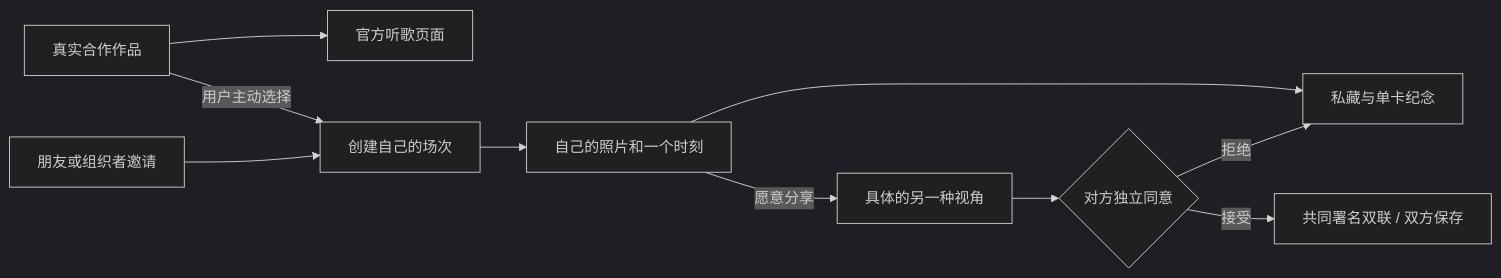
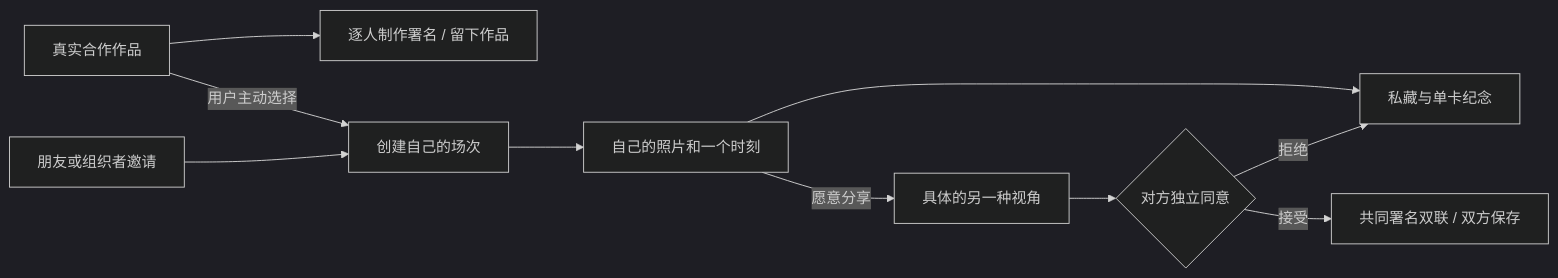
One commit to musicMapTeam/musicMap changed the diagram in product/docs/01-product-plan.md. Above: the diagram before and after it, drawn with Mermaid (dark theme). The commit also changed other lines of this file and 33 other files, not shown here.

````diff
--- a/product/docs/01-product-plan.md
+++ b/product/docs/01-product-plan.md
@@ -37,12 +37,12 @@
 ```mermaid
 flowchart LR
-  A[真实合作作品] --> B[官方听歌页面]
+  A[真实合作作品] --> B[逐人制作署名 / 留下作品]
   A -->|用户主动选择| C[创建自己的场次]
   D[朋友或组织者邀请] --> C
   C --> E[自己的照片和一个时刻]
   E --> F[私藏与单卡纪念]
   E -->|愿意分享| G[具体的另一种视角]
   G --> H{对方独立同意}
   H -->|接受| I[共同署名双联 / 双方保存]
   H -->|拒绝| F
 ```
````
